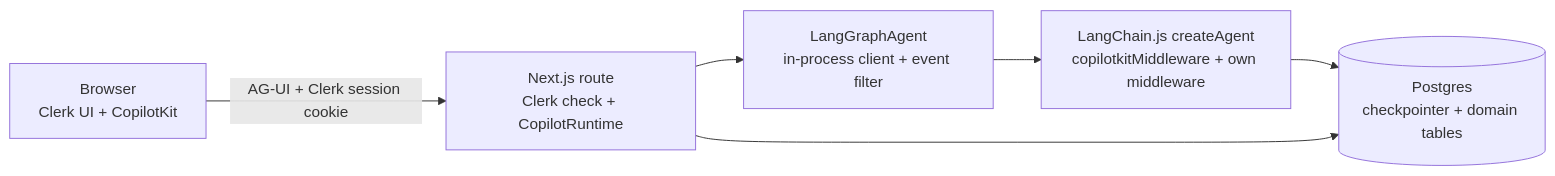
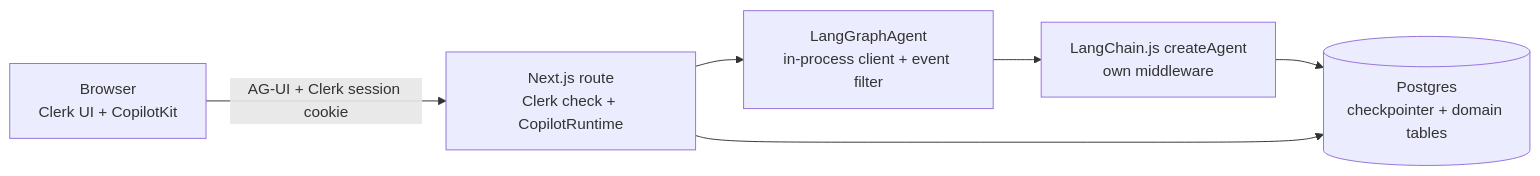
The diagram in learning-assistant/docs/v2-migration-plan.md (hoanhoang-agilityio/Assistant-Learning), drawn with Mermaid before and after one commit. The commit also changed other lines of this file and 1 other file, not shown here.

````diff
--- a/learning-assistant/docs/v2-migration-plan.md
+++ b/learning-assistant/docs/v2-migration-plan.md
@@ -36,8 +36,8 @@
 ```mermaid
 flowchart LR
   B[Browser<br/>Clerk UI + CopilotKit] -->|AG-UI + Clerk session cookie| N[Next.js route<br/>Clerk check + CopilotRuntime]
   N --> A[LangGraphAgent<br/>in-process client + event filter]
-  A --> L[LangChain.js createAgent<br/>copilotkitMiddleware + own middleware]
+  A --> L[LangChain.js createAgent<br/>own middleware]
   L --> P[(Postgres<br/>checkpointer + domain tables)]
   N --> P
 ```
````
